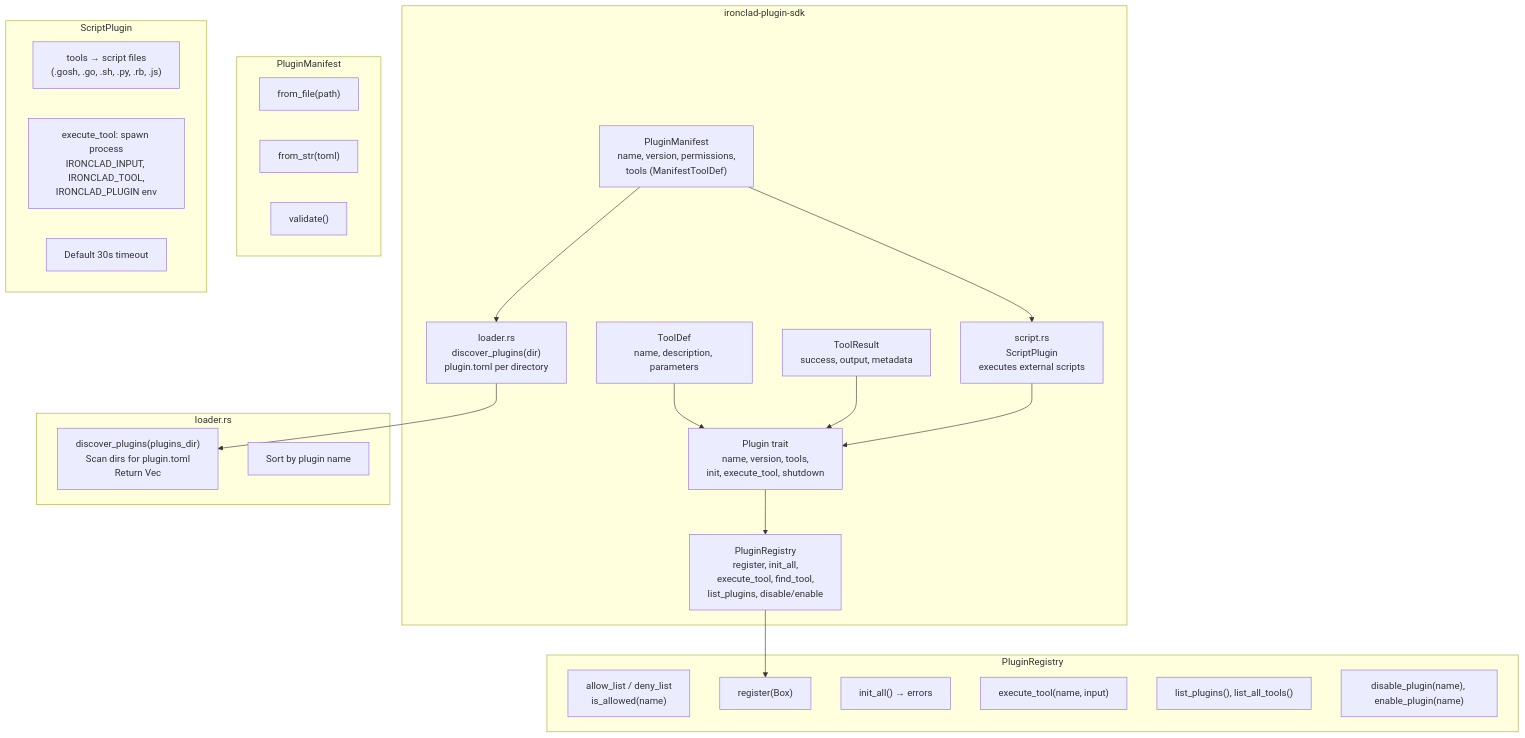
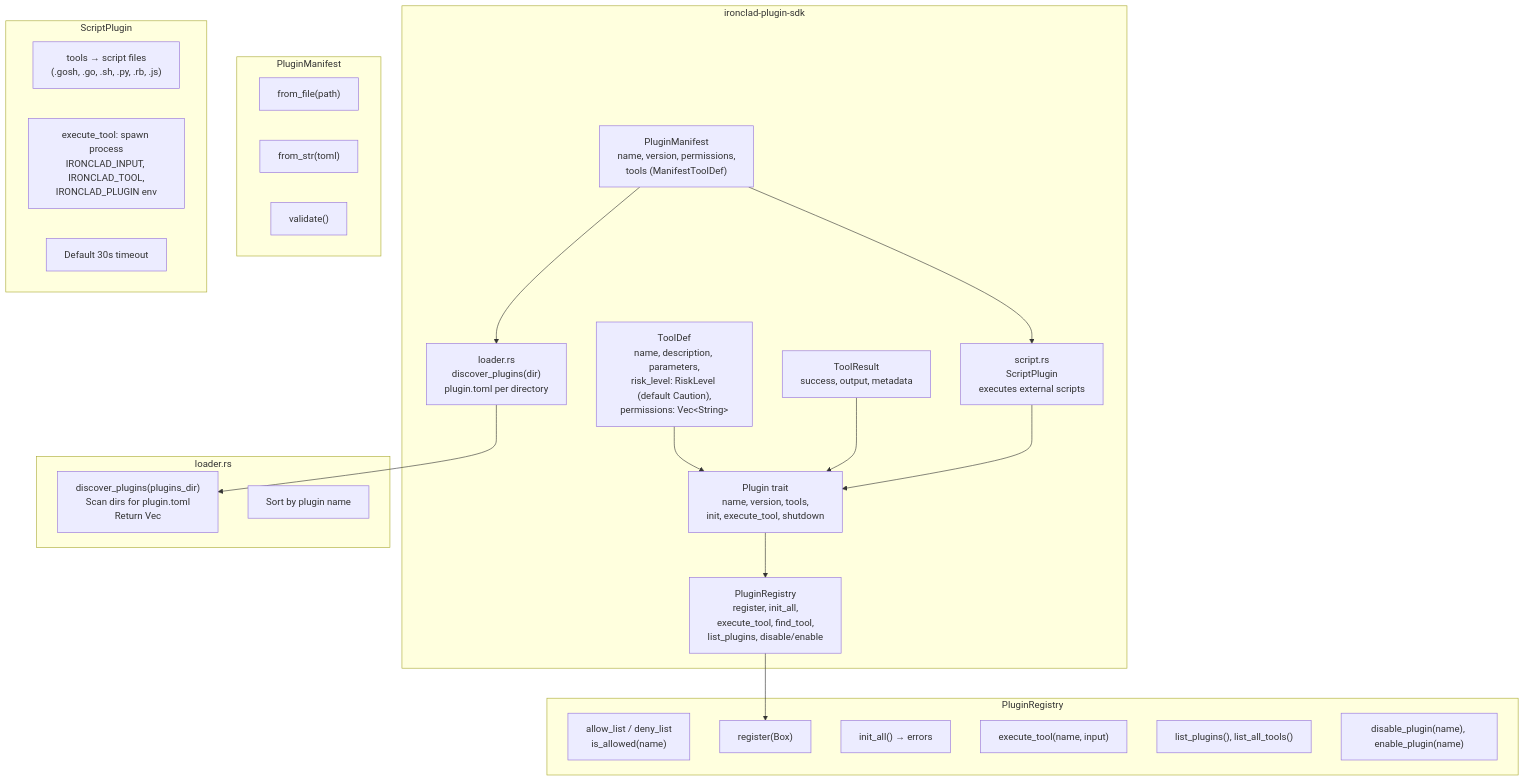
Before and after one commit to robot-accomplice/ironclad: the diagram in docs/architecture/ironclad-c4-plugin-sdk.md, drawn with Mermaid. The commit also changed other lines of this file and 16 other files, not shown here.

First line of the commit message:
docs: remediate architecture drift — update all diagrams to v0.8.0

````diff
--- a/docs/architecture/ironclad-c4-plugin-sdk.md
+++ b/docs/architecture/ironclad-c4-plugin-sdk.md
@@ -9,47 +9,47 @@
 ```mermaid
 flowchart TB
     subgraph IroncladPluginSdk ["ironclad-plugin-sdk"]
         TRAIT["Plugin trait<br/>name, version, tools,<br/>init, execute_tool, shutdown"]
-        TOOL_DEF["ToolDef<br/>name, description, parameters"]
+        TOOL_DEF["ToolDef<br/>name, description, parameters,<br/>risk_level: RiskLevel (default Caution),<br/>permissions: Vec&lt;String&gt;"]
         TOOL_RESULT["ToolResult<br/>success, output, metadata"]
         MANIFEST["PluginManifest<br/>name, version, permissions,<br/>tools (ManifestToolDef)"]
         REGISTRY["PluginRegistry<br/>register, init_all,<br/>execute_tool, find_tool,<br/>list_plugins, disable/enable"]
         LOADER["loader.rs<br/>discover_plugins(dir)<br/>plugin.toml per directory"]
         SCRIPT["script.rs<br/>ScriptPlugin<br/>executes external scripts"]
     end
 
     subgraph ManifestDetail ["PluginManifest"]
         M_FROM_FILE["from_file(path)"]
         M_FROM_STR["from_str(toml)"]
         M_VALIDATE["validate()"]
     end
 
     subgraph RegistryDetail ["PluginRegistry"]
         R_ALLOW["allow_list / deny_list<br/>is_allowed(name)"]
         R_REG["register(Box<dyn Plugin>)"]
         R_INIT["init_all() → errors"]
         R_EXEC["execute_tool(name, input)"]
         R_LIST["list_plugins(), list_all_tools()"]
         R_TOGGLE["disable_plugin(name), enable_plugin(name)"]
     end
 
     subgraph LoaderDetail ["loader.rs"]
         DISCOVER["discover_plugins(plugins_dir)<br/>Scan dirs for plugin.toml<br/>Return Vec<DiscoveredPlugin>"]
         SORT["Sort by plugin name"]
     end
 
     subgraph ScriptDetail ["ScriptPlugin"]
         SCRIPT_MAP["tools → script files<br/>(.gosh, .go, .sh, .py, .rb, .js)"]
         SCRIPT_RUN["execute_tool: spawn process<br/>IRONCLAD_INPUT, IRONCLAD_TOOL,<br/>IRONCLAD_PLUGIN env"]
         SCRIPT_TIMEOUT["Default 30s timeout"]
     end
 
     TRAIT --> REGISTRY
     MANIFEST --> LOADER
     MANIFEST --> SCRIPT
     TOOL_DEF --> TRAIT
     TOOL_RESULT --> TRAIT
     LOADER --> DISCOVER
     SCRIPT --> TRAIT
     REGISTRY --> R_REG
 ```
````
